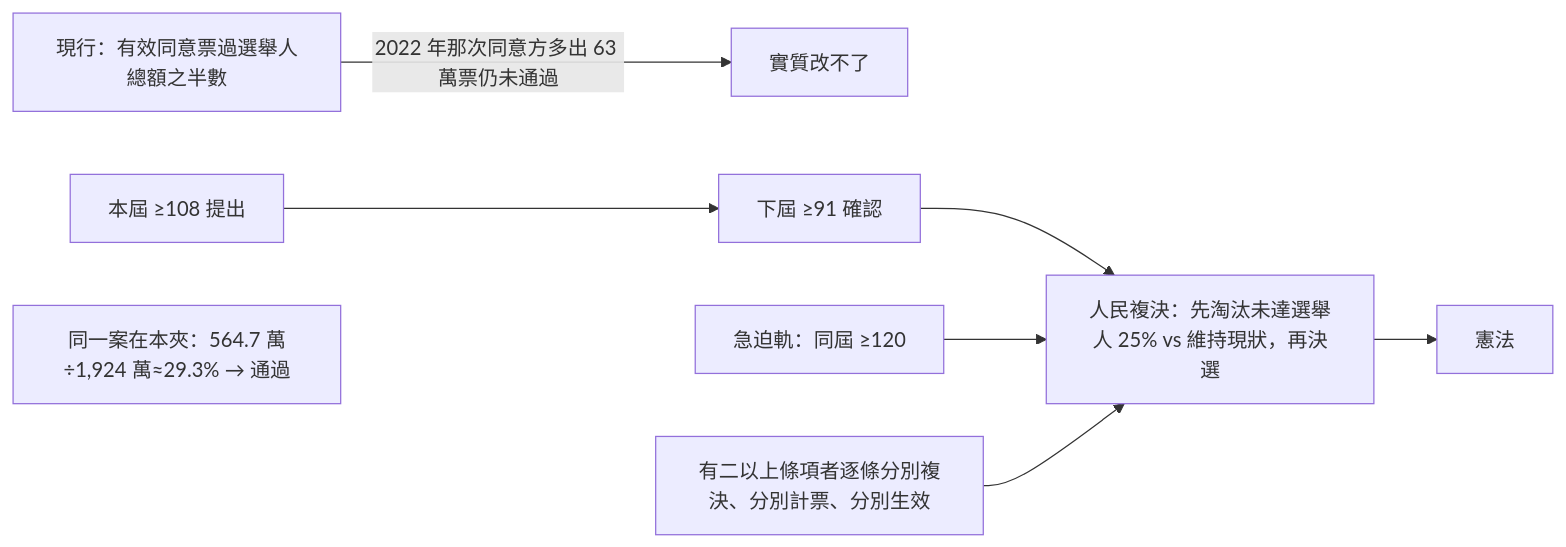
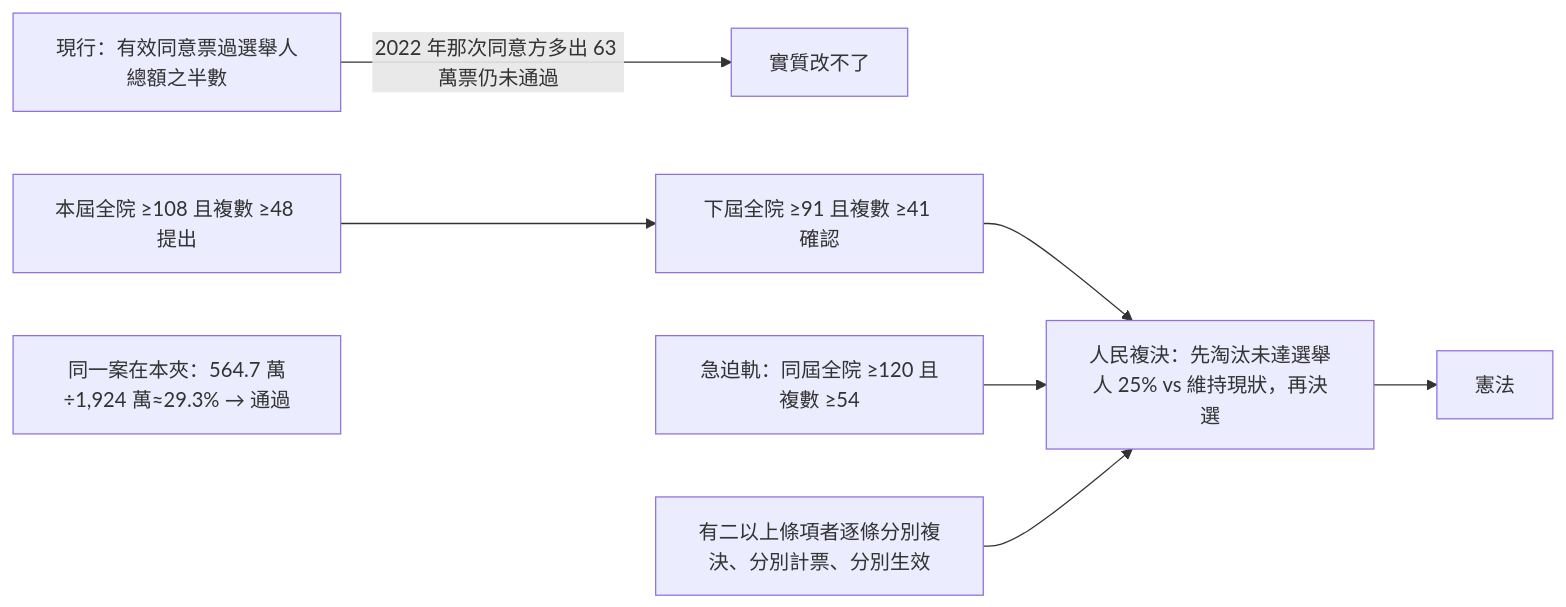
One commit to IRonROOT578/Political-Economy-Research-Public changed the sixth of 10 diagrams in topics/regime-designs/designs/台灣/一院總統制/憲政架構圖.md. Above: the diagram before and after it, drawn with Mermaid. The commit also changed other lines of this file and 241 other files, not shown here.

````diff
--- a/topics/regime-designs/designs/台灣/一院總統制/憲政架構圖.md
+++ b/topics/regime-designs/designs/台灣/一院總統制/憲政架構圖.md
@@ -82,10 +84,10 @@
 ```mermaid
 flowchart LR
   Now[現行：有效同意票過選舉人總額之半數] -->|2022 年那次同意方多出 63 萬票仍未通過| Fail[實質改不了]
-  P1[本屆 ≥108 提出] --> P2[下屆 ≥91 確認]
+  P1[本屆全院 ≥108 且複數 ≥48 提出] --> P2[下屆全院 ≥91 且複數 ≥41 確認]
   P2 --> P3[人民複決：先淘汰未達選舉人 25% vs 維持現狀，再決選]
   P3 --> Const[憲法]
-  U1[急迫軌：同屆 ≥120] --> P3
+  U1[急迫軌：同屆全院 ≥120 且複數 ≥54] --> P3
   Split[有二以上條項者逐條分別複決、分別計票、分別生效] --> P3
   Check[同一案在本夾：564.7 萬÷1,924 萬≈29.3% → 通過]
 ```
````
